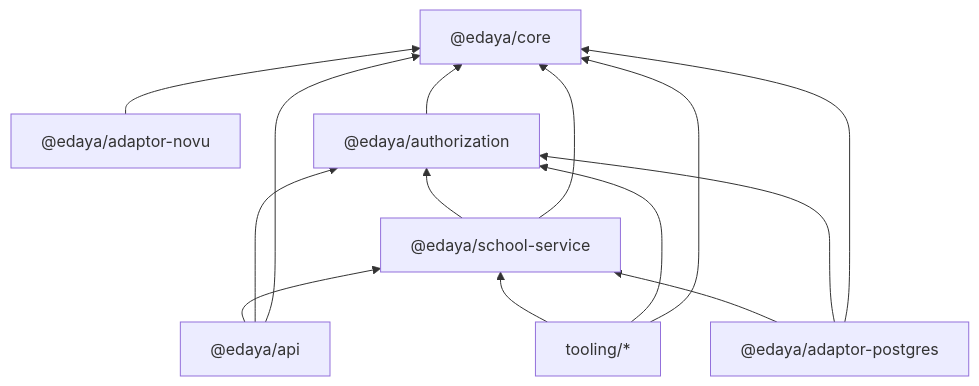
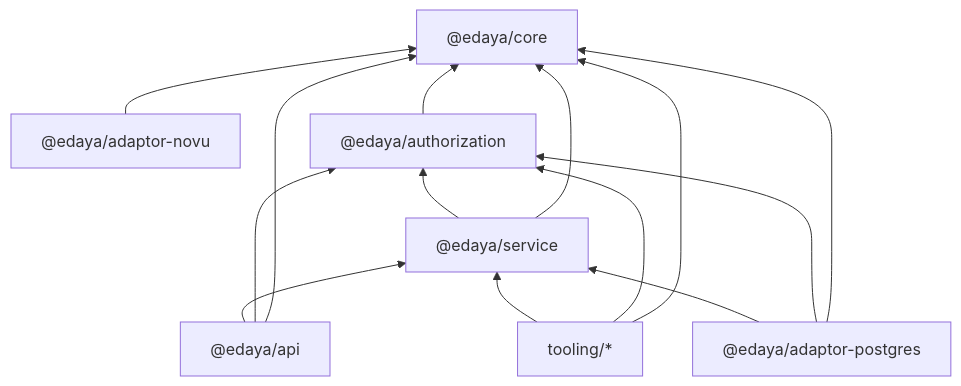
Before and after one commit to Maya-Invest/edaya_backend: the diagram in docs/sprints/core-optim.md, drawn with Mermaid. The commit also changed other lines of this file and 393 other files, not shown here.

First line of the commit message:
refactor: rename and restructure school service package

````diff
--- a/docs/sprints/core-optim.md
+++ b/docs/sprints/core-optim.md
@@ -13,24 +13,24 @@
 ```mermaid
 flowchart BT
   api["@edaya/api"]
   tooling["tooling/*"]
   pg["@edaya/adaptor-postgres"]
   novu["@edaya/adaptor-novu"]
-  svc["@edaya/school-service"]
+  svc["@edaya/service"]
   auth["@edaya/authorization"]
   core["@edaya/core"]
 
   api --> svc
   api --> auth
   api --> core
   tooling --> svc
   tooling --> auth
   tooling --> core
   pg --> svc
   pg --> auth
   pg --> core
   novu --> core
   svc --> auth
   svc --> core
   auth --> core
 ```
````
